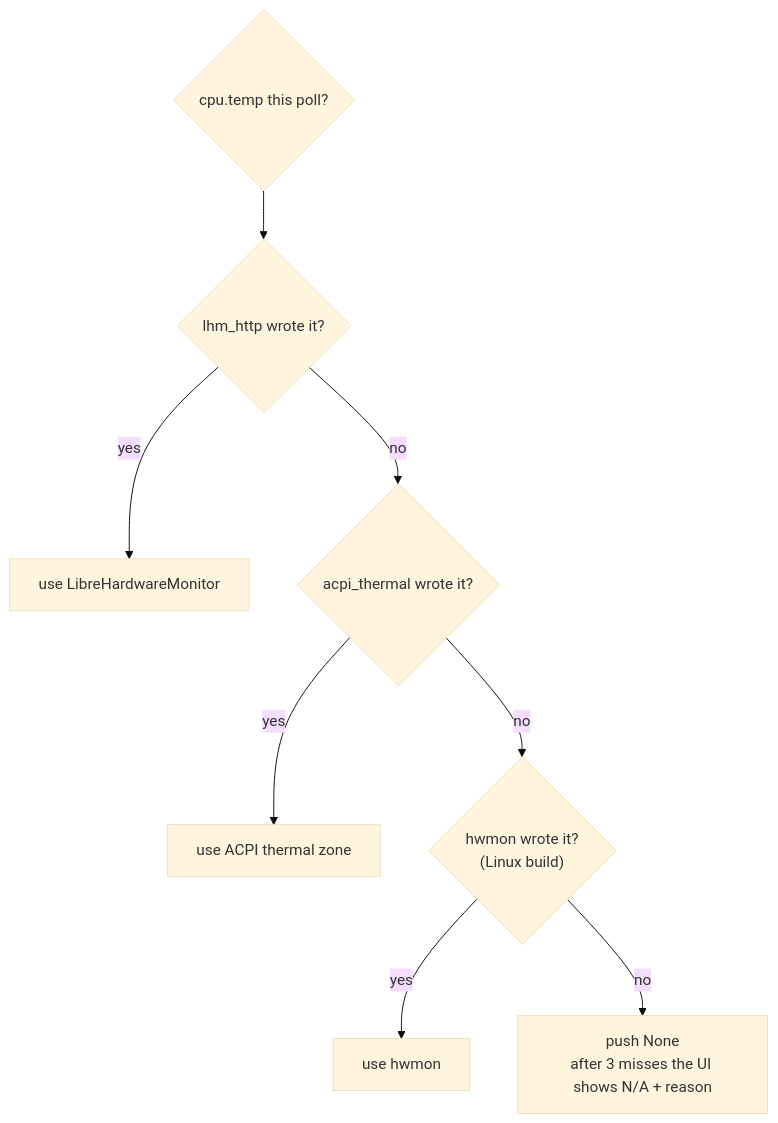
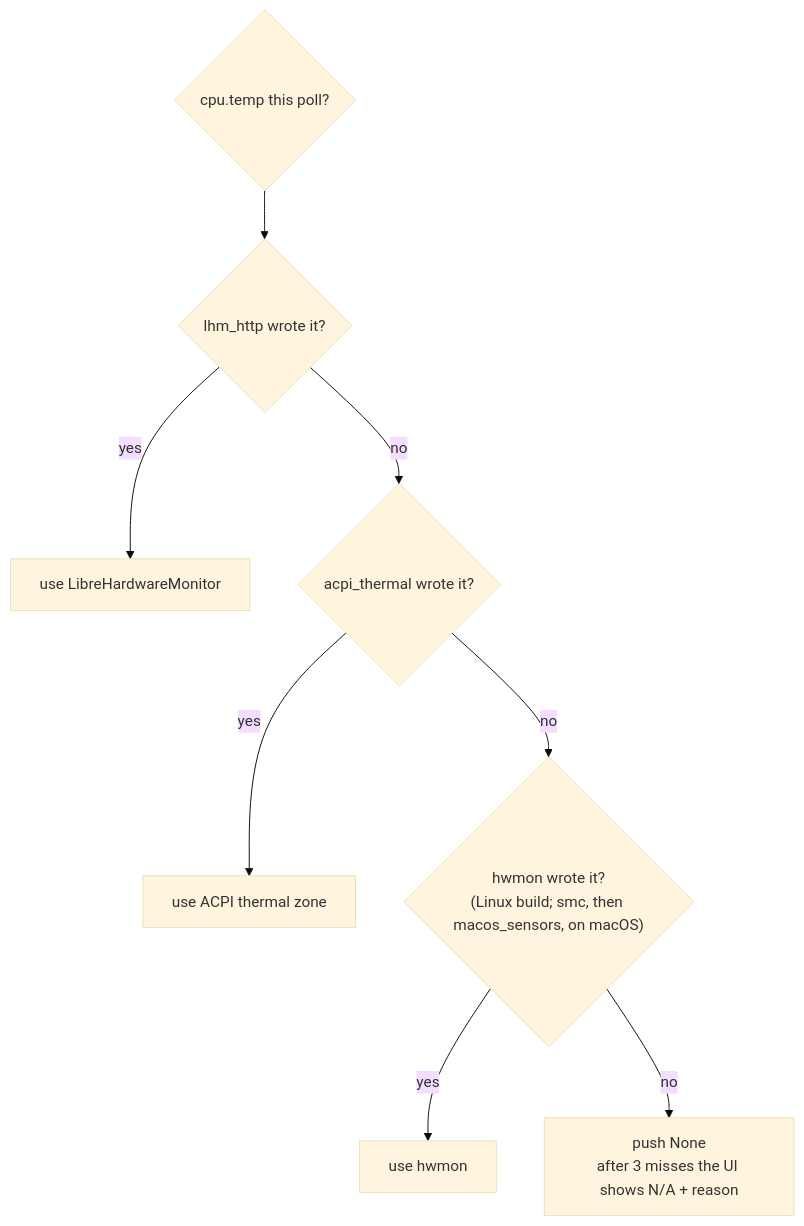
One commit to liorbass/hardviz changed the third of 4 diagrams in docs/architecture.md. Above: the diagram before and after it, drawn with Mermaid (base theme). The commit also changed other lines of this file and 29 other files, not shown here.

````diff
--- a/docs/architecture.md
+++ b/docs/architecture.md
@@ -128,11 +130,11 @@
 ```mermaid
 flowchart TD
     Q{"cpu.temp this poll?"}
     Q --> L{"lhm_http wrote it?"}
     L -- yes --> W1["use LibreHardwareMonitor"]
     L -- no --> A{"acpi_thermal wrote it?"}
     A -- yes --> W2["use ACPI thermal zone"]
-    A -- no --> H{"hwmon wrote it?<br/>(Linux build)"}
+    A -- no --> H{"hwmon wrote it?<br/>(Linux build; smc, then macos_sensors, on macOS)"}
     H -- yes --> W3["use hwmon"]
     H -- no --> N["push None<br/>after 3 misses the UI shows N/A + reason"]
 ```
````
